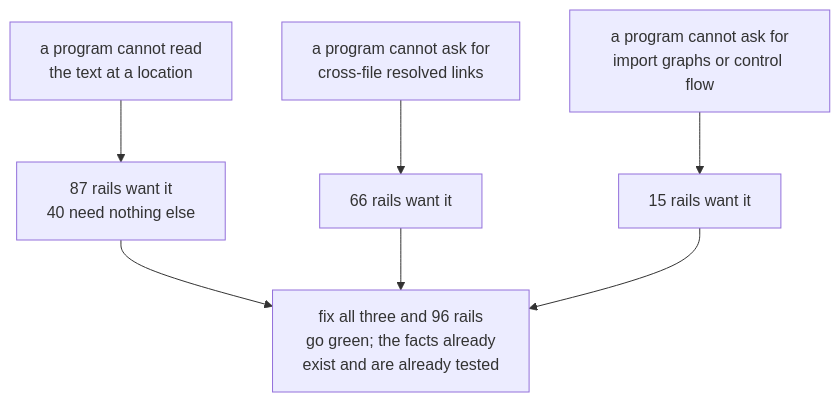
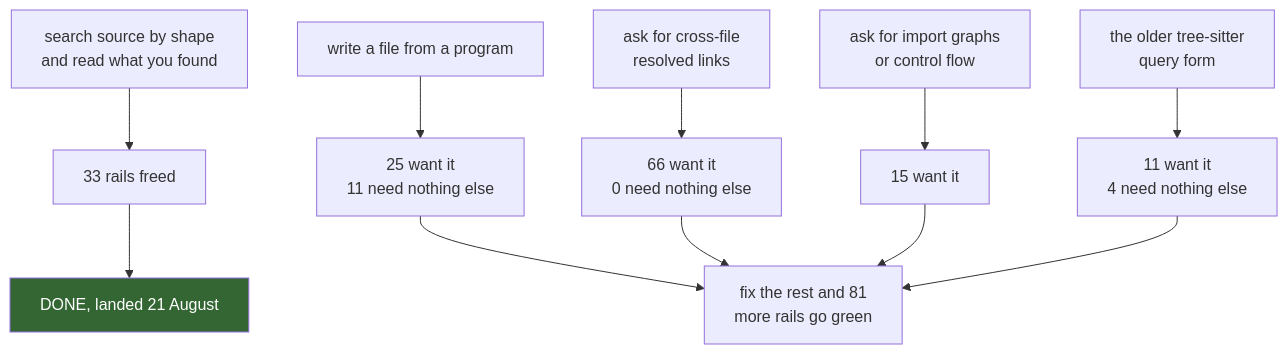
The seventh of 7 diagrams in plans/2026-08-21-v5-retirement.PLAN.visual.human.unga.md (hafley66/sprefa), drawn with Mermaid before and after one commit. The commit also changed other lines of this file and 20 other files, not shown here.

````diff
--- a/plans/2026-08-21-v5-retirement.PLAN.visual.human.unga.md
+++ b/plans/2026-08-21-v5-retirement.PLAN.visual.human.unga.md
@@ -151,9 +157,14 @@
 ```mermaid
 flowchart TD
-    G1[a program cannot read<br/>the text at a location] --> R1[87 rails want it<br/>40 need nothing else]
-    G2[a program cannot ask for<br/>cross-file resolved links] --> R2[66 rails want it]
-    G3[a program cannot ask for<br/>import graphs or control flow] --> R3[15 rails want it]
-    R1 --> W[fix all three and 96 rails<br/>go green; the facts already<br/>exist and are already tested]
+    G0[search source by shape<br/>and read what you found] --> R0[33 rails freed]
+    G1[write a file from a program] --> R1[25 want it<br/>11 need nothing else]
+    G2[ask for cross-file<br/>resolved links] --> R2[66 want it<br/>0 need nothing else]
+    G3[ask for import graphs<br/>or control flow] --> R3[15 want it]
+    G4[the older tree-sitter<br/>query form] --> R4[11 want it<br/>4 need nothing else]
+    R0 --> D[DONE, landed 21 August]
+    R1 --> W[fix the rest and 81<br/>more rails go green]
     R2 --> W
     R3 --> W
+    R4 --> W
+    style D fill:#363,color:#fff
 ```
````
